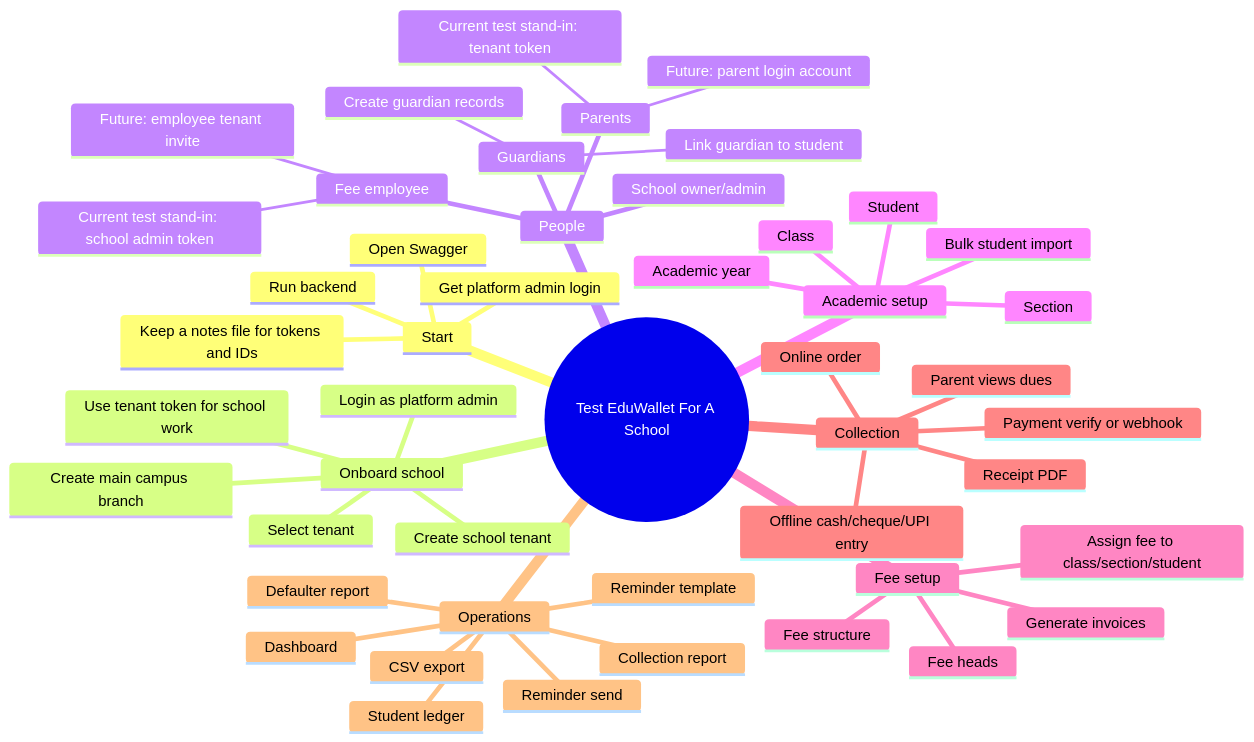
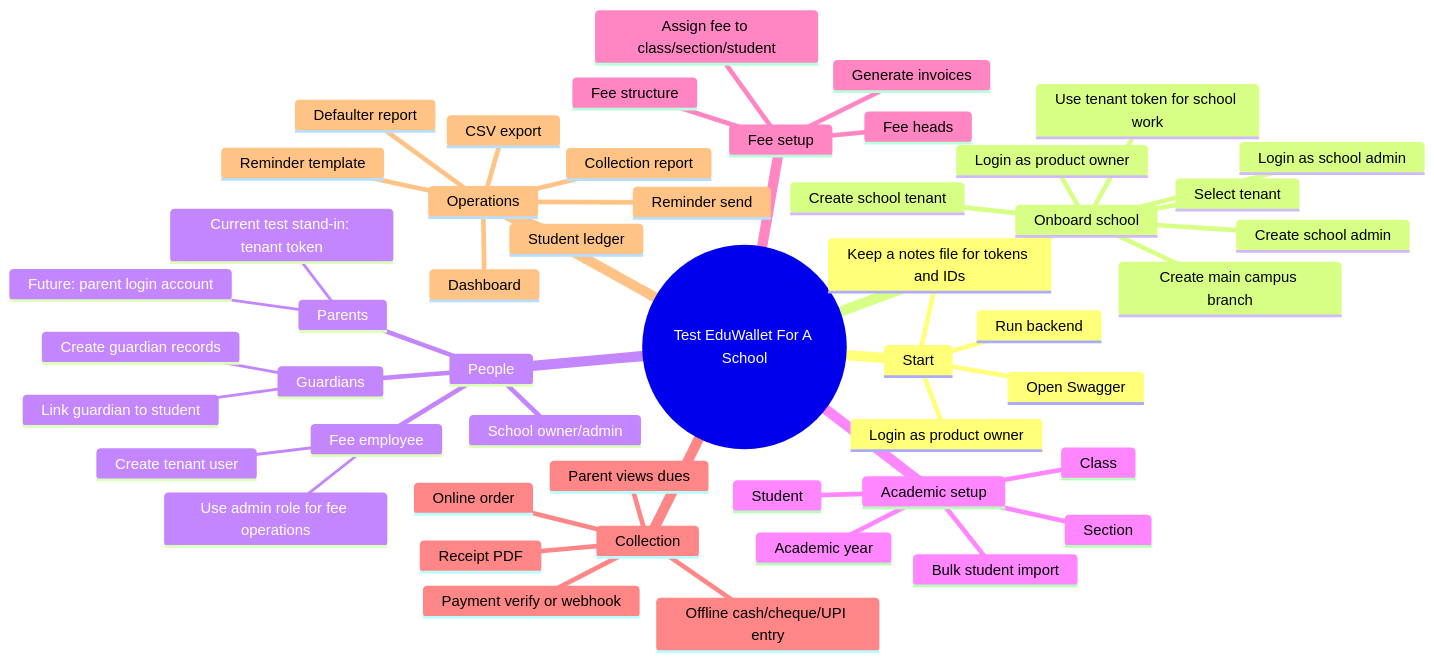
The first of 2 diagrams in docs/SCHOOL_TEST_JOURNEY.md (itsVijayCoder/edu-wallet-backend), drawn with Mermaid before and after one commit. The commit also changed other lines of this file and 18 other files, not shown here.

First line of the commit message:
feat: Implement tenant user creation and onboarding flow

````diff
--- a/docs/SCHOOL_TEST_JOURNEY.md
+++ b/docs/SCHOOL_TEST_JOURNEY.md
@@ -19,51 +19,53 @@
 ```mermaid
 mindmap
   root((Test EduWallet For A School))
     Start
       Run backend
       Open Swagger
-      Get platform admin login
+      Login as product owner
       Keep a notes file for tokens and IDs
     Onboard school
-      Login as platform admin
+      Login as product owner
+      Create school admin
       Create school tenant
       Create main campus branch
+      Login as school admin
       Select tenant
       Use tenant token for school work
     People
       School owner/admin
       Fee employee
-        Current test stand-in: school admin token
-        Future: employee tenant invite
+        Create tenant user
+        Use admin role for fee operations
       Guardians
         Create guardian records
         Link guardian to student
       Parents
         Current test stand-in: tenant token
         Future: parent login account
     Academic setup
       Academic year
       Class
       Section
       Student
       Bulk student import
     Fee setup
       Fee heads
       Fee structure
       Assign fee to class/section/student
       Generate invoices
     Collection
       Parent views dues
       Online order
       Payment verify or webhook
       Offline cash/cheque/UPI entry
       Receipt PDF
     Operations
       Student ledger
       Dashboard
       Defaulter report
       Collection report
       Reminder template
       Reminder send
       CSV export
 ```
````
